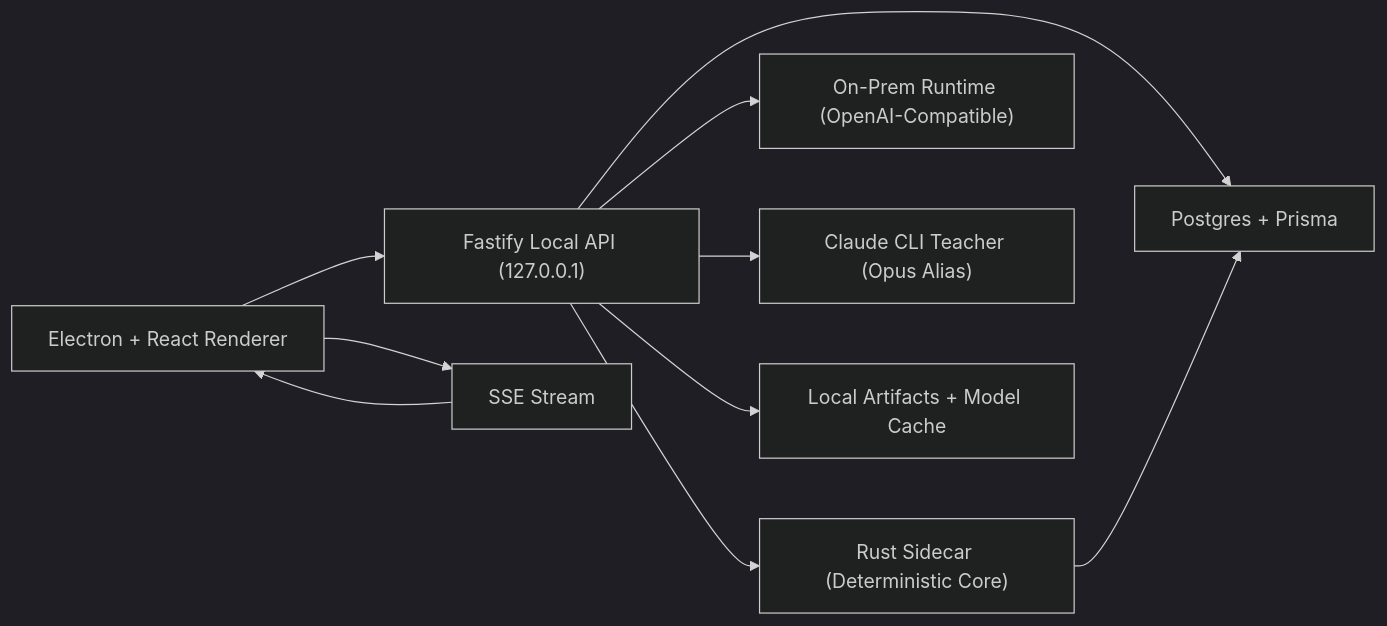
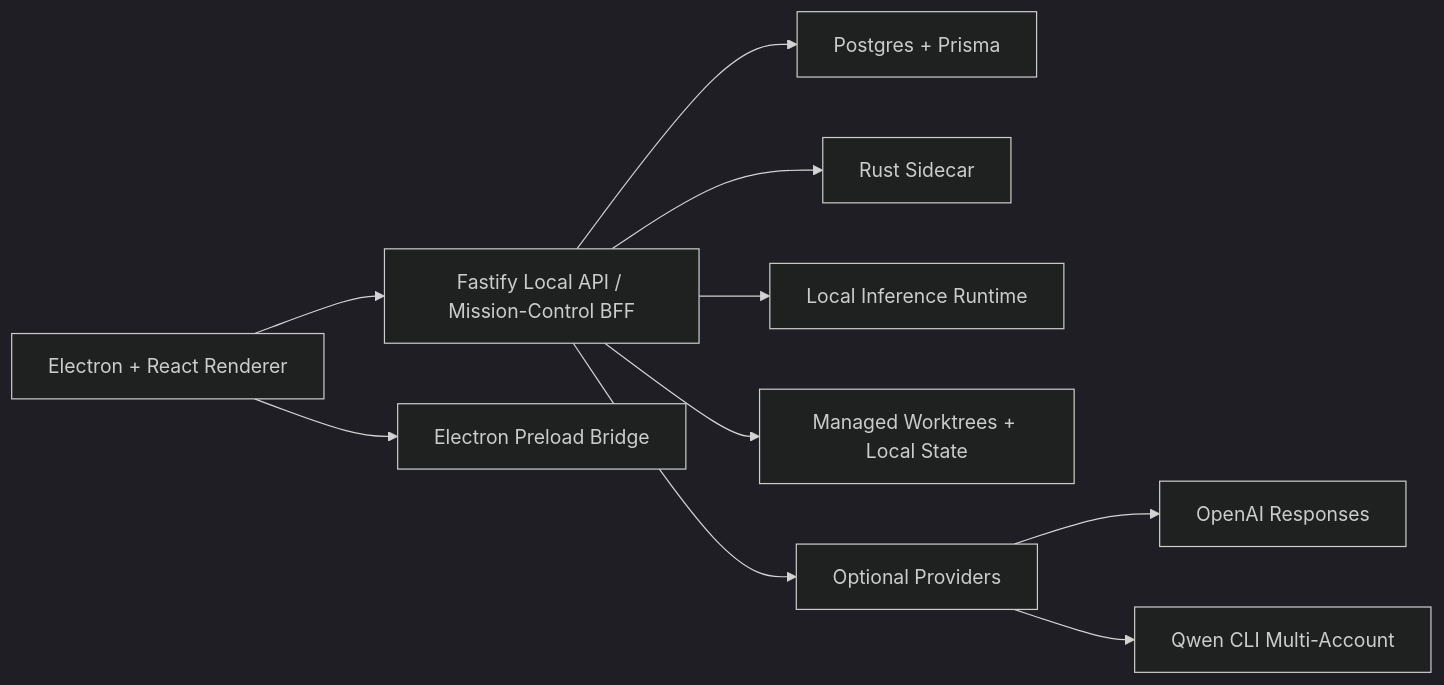
One commit to obelaiquality/agentic_workforce changed the first of 2 diagrams in docs/architecture.md. Above: the diagram before and after it, drawn with Mermaid (dark theme). The commit also changed other lines of this file and 23 other files, not shown here.

````diff
--- a/docs/architecture.md
+++ b/docs/architecture.md
@@ -5,12 +27,13 @@
 ```mermaid
 flowchart LR
-  UI["Electron + React Renderer"] --> BFF["Fastify Local API (127.0.0.1)"]
-  UI --> SSE["SSE Stream"]
-  SSE --> UI
-  BFF --> Sidecar["Rust Sidecar (Deterministic Core)"]
+  UI["Electron + React Renderer"] --> BFF["Fastify Local API / Mission-Control BFF"]
+  UI --> Bridge["Electron Preload Bridge"]
   BFF --> DB["Postgres + Prisma"]
-  Sidecar --> DB
-  BFF --> Runtime["On-Prem Runtime (OpenAI-Compatible)"]
-  BFF --> Teacher["Claude CLI Teacher (Opus Alias)"]
-  BFF --> FS["Local Artifacts + Model Cache"]
+  BFF --> Sidecar["Rust Sidecar"]
+  BFF --> Runtime["Local Inference Runtime"]
+  BFF --> FS["Managed Worktrees + Local State"]
+  BFF --> Optional["Optional Providers"]
+
+  Optional --> OpenAI["OpenAI Responses"]
+  Optional --> QwenCLI["Qwen CLI Multi-Account"]
 ```
````
